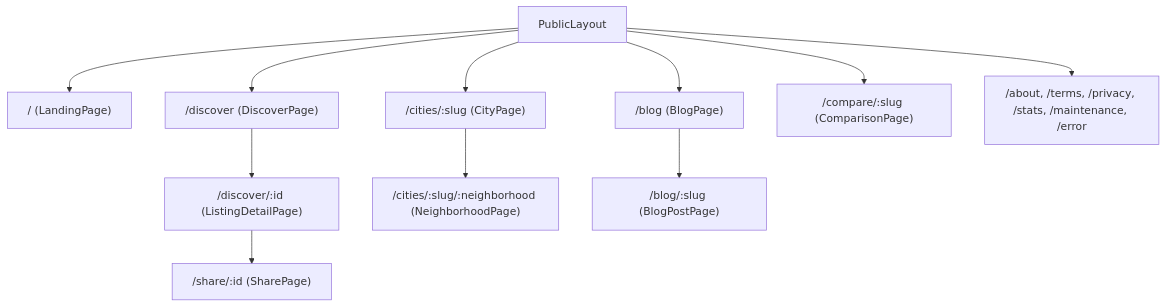
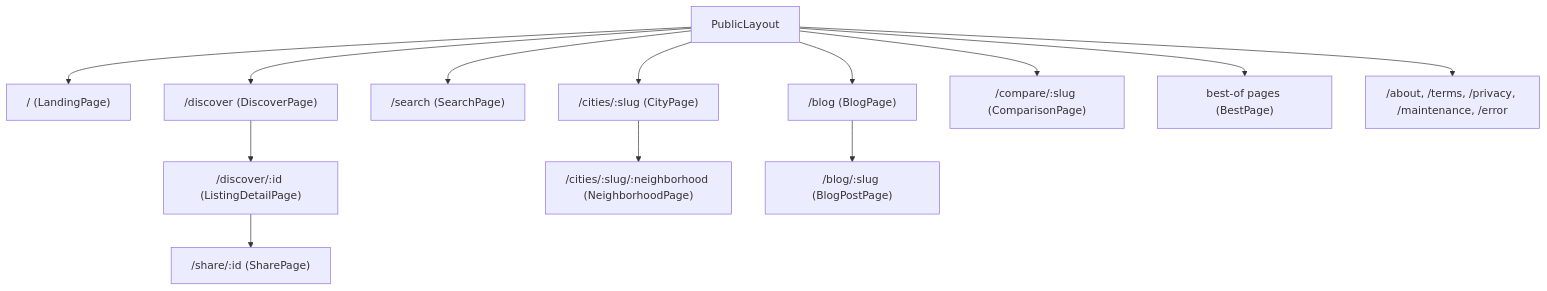
The diagram in .wiki/features/discover.md (360ghar/360-flatmates-web), drawn with Mermaid before and after one commit. The commit also changed other lines of this file and 24 other files, not shown here.

First line of the commit message:
fix(seo): flatmates canonical host and three best-x intent pages (#24)

````diff
--- a/.wiki/features/discover.md
+++ b/.wiki/features/discover.md
@@ -11,13 +11,15 @@
 ```mermaid
 graph TD
     L["PublicLayout"] --> L0["/ (LandingPage)"]
     L --> D["/discover (DiscoverPage)"]
     D --> D1["/discover/:id (ListingDetailPage)"]
     D1 --> S["/share/:id (SharePage)"]
+    L --> SR["/search (SearchPage)"]
     L --> C["/cities/:slug (CityPage)"]
     C --> N["/cities/:slug/:neighborhood (NeighborhoodPage)"]
     L --> B["/blog (BlogPage)"]
     B --> BP["/blog/:slug (BlogPostPage)"]
     L --> CP["/compare/:slug (ComparisonPage)"]
-    L --> A["/about, /terms, /privacy, /stats, /maintenance, /error"]
+    L --> BE["best-of pages (BestPage)"]
+    L --> A["/about, /terms, /privacy, /maintenance, /error"]
 ```
````
